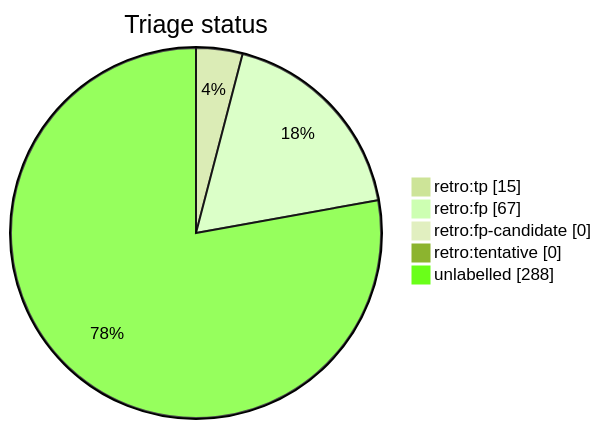
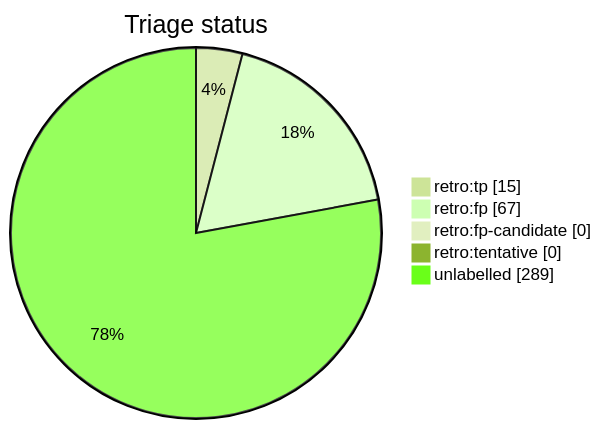
One commit to tvna/claude-md changed the diagram in docs/generated/scripts/auto-retro-triage-report.md. Above: the diagram before and after it, drawn with Mermaid (forest theme). The commit also changed other lines of this file, not shown here.

````diff
--- a/docs/generated/scripts/auto-retro-triage-report.md
+++ b/docs/generated/scripts/auto-retro-triage-report.md
@@ -15,9 +15,9 @@
 ```mermaid
 pie showData
     title Triage status
     "retro:tp" : 15
     "retro:fp" : 67
     "retro:fp-candidate" : 0
     "retro:tentative" : 0
-    "unlabelled" : 288
+    "unlabelled" : 289
 ```
````
